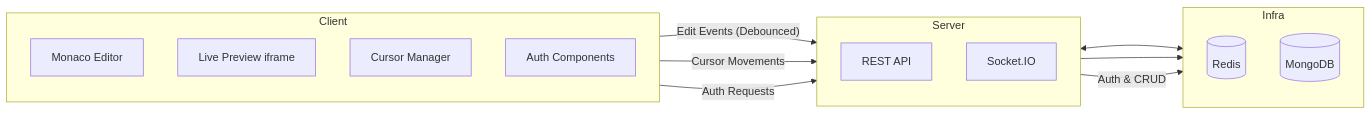
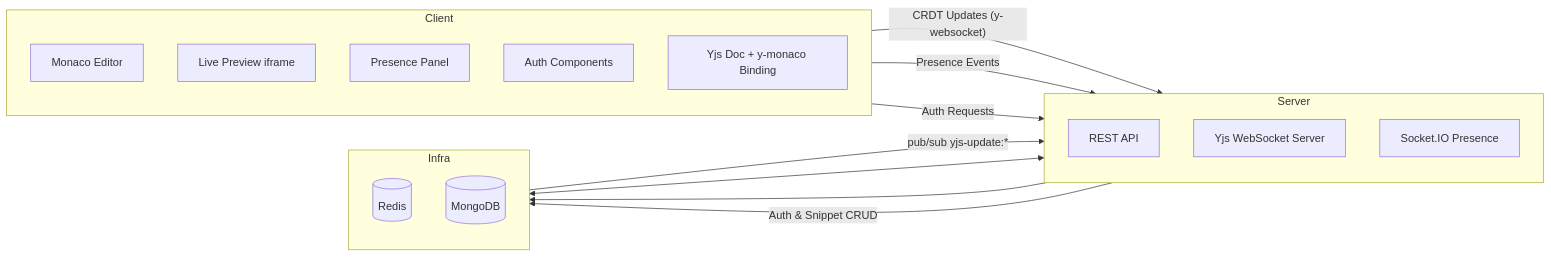
The diagram in README.md (itsA-D/Collaborative-Code-Editor), drawn with Mermaid before and after one commit. The commit also changed other lines of this file and 62 other files, not shown here.

````diff
--- a/README.md
+++ b/README.md
@@ -78,29 +78,32 @@
 ```mermaid
 flowchart LR
 subgraph Client
   direction TB
   A[Monaco Editor]
   B[Live Preview iframe]
-  C[Cursor Manager]
+  C[Presence Panel]
   D[Auth Components]
+  E[Yjs Doc + y-monaco Binding]
 end
 
 subgraph Server
   direction TB
   API[REST API]
-  SIO[Socket.IO]
+  YWS[Yjs WebSocket Server]
+  SIO[Socket.IO Presence]
 end
 
 subgraph Infra
   direction TB
   R[(Redis)]
   M[(MongoDB)]
 end
 
-A -- Edit Events (Debounced) --> SIO
-C -- Cursor Movements --> SIO
+E -- CRDT Updates (y-websocket) --> YWS
+C -- Presence Events --> SIO
 D -- Auth Requests --> API
-SIO <--> R
-SIO --> M
-API -- Auth & CRUD --> M
+YWS <--> R
+YWS --> M
+API -- Auth & Snippet CRUD --> M
+R -- pub/sub yjs-update:* --> YWS
 ```
````
